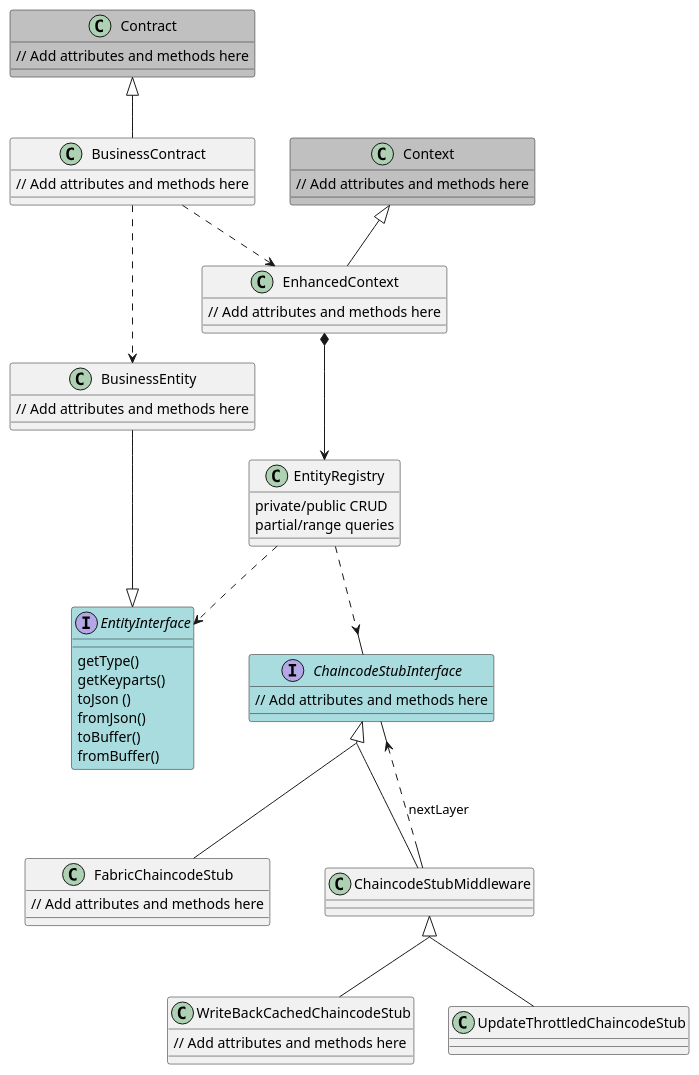
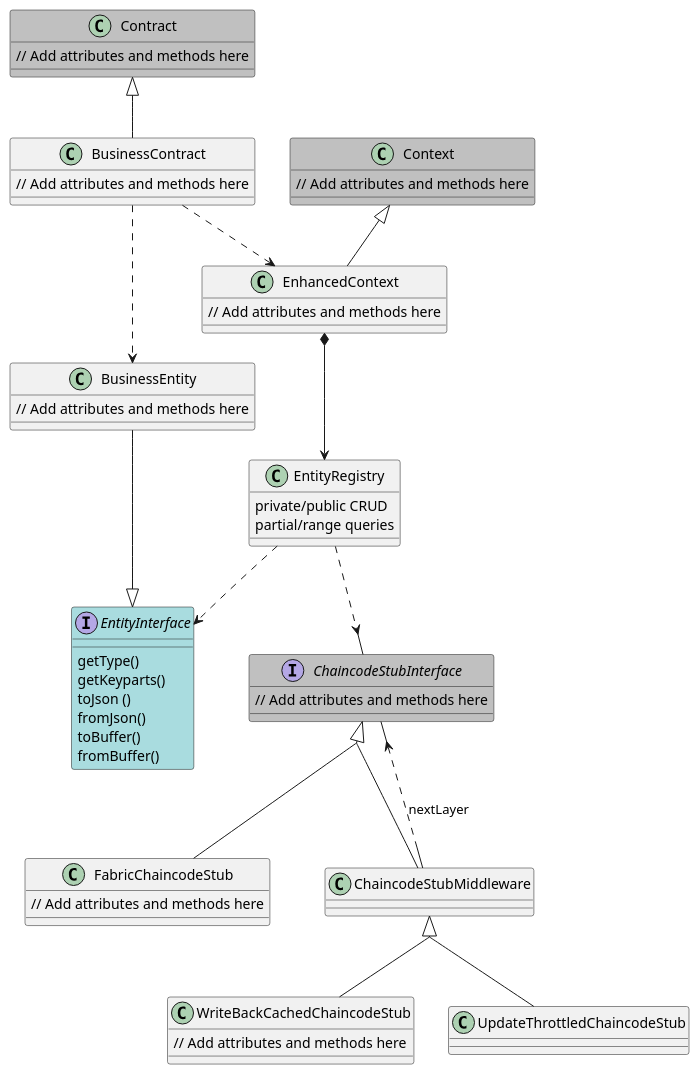
One commit to ftsrg/blockchain-benchmarks-tpcc changed the diagram in smart-contract/hyperledger-fabric/v2/java/figures/class/class.puml. Above: the diagram before and after it, drawn with PlantUML. The commit also changed 5 other files, not shown here.

```diff
--- a/smart-contract/hyperledger-fabric/v2/java/figures/class/class.puml
+++ b/smart-contract/hyperledger-fabric/v2/java/figures/class/class.puml
@@ -1,68 +1,68 @@
 @startuml "Specificaton"
 skinparam groupInheritance 2
 Contract <|-- BusinessContract
 BusinessContract ..> EnhancedContext
 BusinessContract ..> BusinessEntity
 EnhancedContext *--> EntityRegistry
 BusinessEntity --|> EntityInterface
 EntityRegistry ..> EntityInterface
 Context <|-- EnhancedContext
 EntityRegistry ..> ChaincodeStubInterface
 
 ChaincodeStubInterface <|-- FabricChaincodeStub
 ChaincodeStubInterface <|-- ChaincodeStubMiddleware
 
 ChaincodeStubMiddleware ..> ChaincodeStubInterface:  nextLayer
 
 ChaincodeStubMiddleware <|-- WriteBackCachedChaincodeStub
 ChaincodeStubMiddleware <|-- UpdateThrottledChaincodeStub
 
 
 class BusinessContract {
   // Add attributes and methods here
 }
 
 class EnhancedContext {
   // Add attributes and methods here
 }
 
 class EntityRegistry {
   private/public CRUD
   partial/range queries
 }
 
 class WriteBackCachedChaincodeStub {
   // Add attributes and methods here
 }
 
 class FabricChaincodeStub {
   // Add attributes and methods here
 }
 
 class BusinessEntity {
   // Add attributes and methods here
 }
 
 class Contract #C0C0C0{
   // Add attributes and methods here
 }
 
 class Context #C0C0C0{
   // Add attributes and methods here
 }
 
 interface EntityInterface #A9DCDF {
   getType()
   getKeyparts()
   toJson ()
   fromJson()
   toBuffer()
   fromBuffer()
 
 }
 
-interface ChaincodeStubInterface #A9DCDF{
+interface ChaincodeStubInterface #C0C0C0{
   // Add attributes and methods here
 }
 
 @enduml
```
